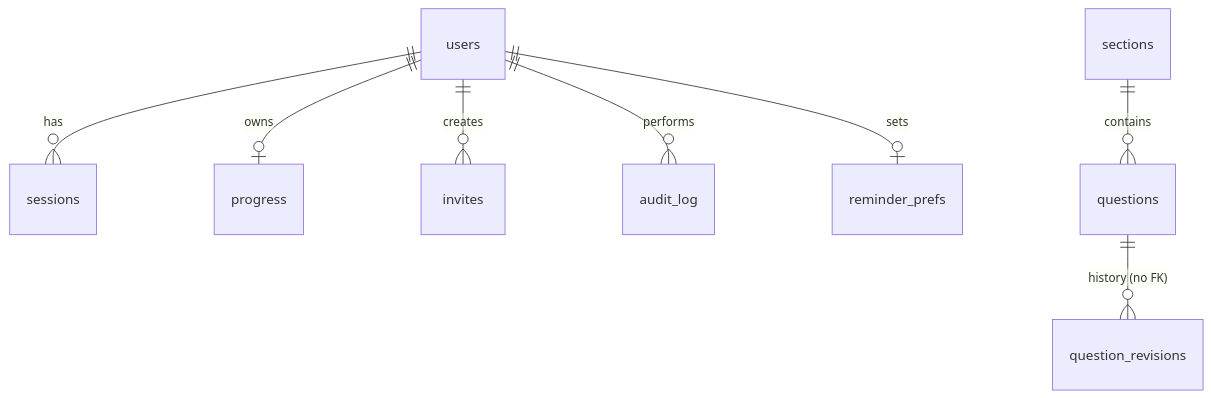
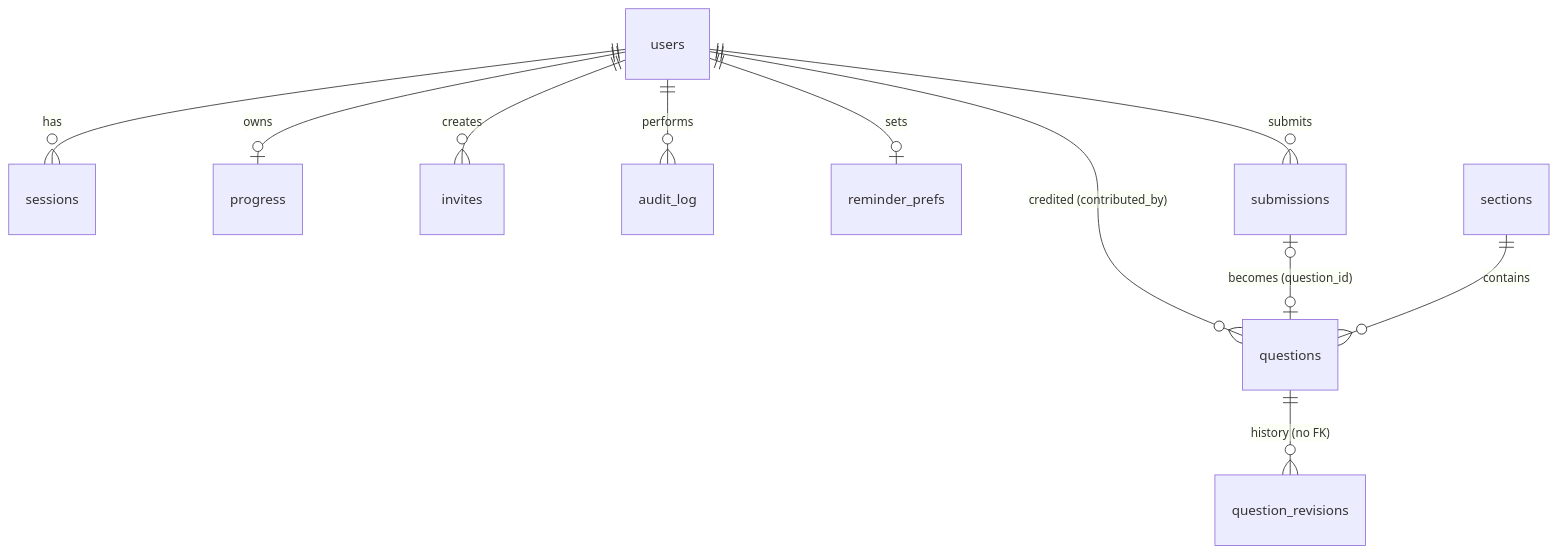
One commit to anand1296/frontend-loop changed the second of 3 diagrams in docs/SPEC.md. Above: the diagram before and after it, drawn with Mermaid. The commit also changed other lines of this file and 54 other files, not shown here.

````diff
--- a/docs/SPEC.md
+++ b/docs/SPEC.md
@@ -380,10 +408,13 @@
 ```mermaid
 erDiagram
   users ||--o{ sessions : has
   users ||--o| progress : owns
   users ||--o{ invites : creates
   users ||--o{ audit_log : performs
   users ||--o| reminder_prefs : sets
+  users ||--o{ submissions : submits
+  users ||--o{ questions : "credited (contributed_by)"
+  submissions |o--o| questions : "becomes (question_id)"
   sections ||--o{ questions : contains
   questions ||--o{ question_revisions : "history (no FK)"
 ```
````
